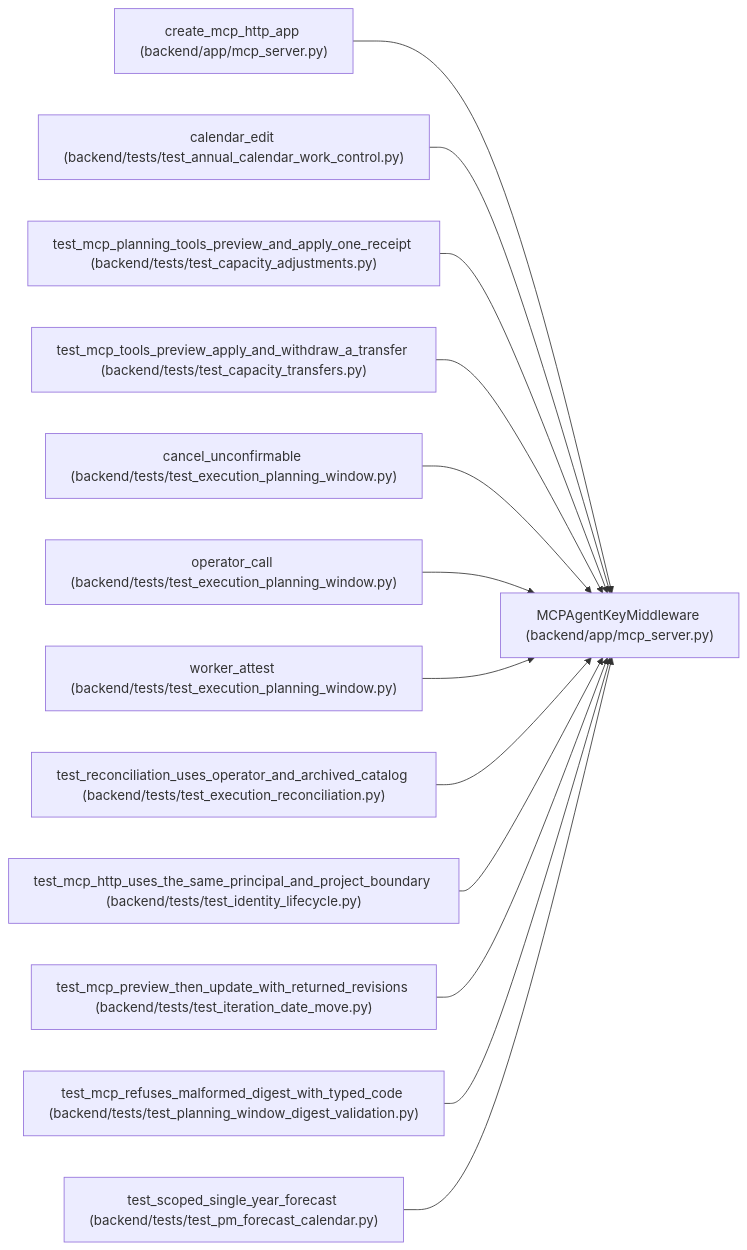
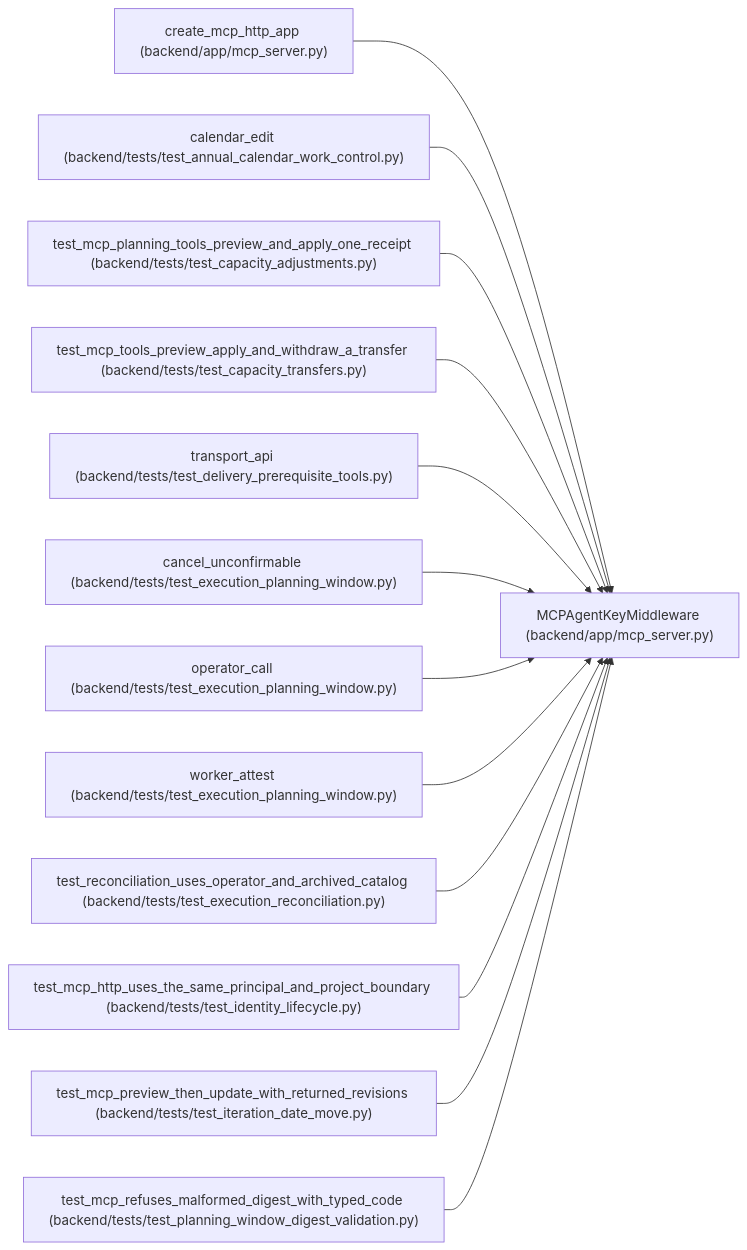
One commit to Denissvgn/WorkChord changed the diagram in docs/llm_wiki/entities/MCPAgentKeyMiddleware.md. Above: the diagram before and after it, drawn with Mermaid. The commit also changed other lines of this file and 1420 other files, not shown here.

First line of the commit message:
Refresh the architectural wiki for the 1.10.0 changes

````diff
--- a/docs/llm_wiki/entities/MCPAgentKeyMiddleware.md
+++ b/docs/llm_wiki/entities/MCPAgentKeyMiddleware.md
@@ -26,41 +26,41 @@
 ```mermaid
 flowchart LR
     n0["MCPAgentKeyMiddleware (backend/app/mcp_server.py)"]
     n1["create_mcp_http_app (backend/app/mcp_server.py)"]
     n2["calendar_edit (backend/tests/test_annual_calendar_work_control.py)"]
     n3["test_mcp_planning_tools_preview_and_apply_one_receipt (backend/tests/test_capacity_adjustments.py)"]
     n4["test_mcp_tools_preview_apply_and_withdraw_a_transfer (backend/tests/test_capacity_transfers.py)"]
-    n5["cancel_unconfirmable (backend/tests/test_execution_planning_window.py)"]
-    n6["operator_call (backend/tests/test_execution_planning_window.py)"]
-    n7["worker_attest (backend/tests/test_execution_planning_window.py)"]
-    n8["test_reconciliation_uses_operator_and_archived_catalog (backend/tests/test_execution_reconciliation.py)"]
-    n9["test_mcp_http_uses_the_same_principal_and_project_boundary (backend/tests/test_identity_lifecycle.py)"]
-    n10["test_mcp_preview_then_update_with_returned_revisions (backend/tests/test_iteration_date_move.py)"]
-    n11["test_mcp_refuses_malformed_digest_with_typed_code (backend/tests/test_planning_window_digest_validation.py)"]
-    n12["test_scoped_single_year_forecast (backend/tests/test_pm_forecast_calendar.py)"]
+    n5["transport_api (backend/tests/test_delivery_prerequisite_tools.py)"]
+    n6["cancel_unconfirmable (backend/tests/test_execution_planning_window.py)"]
+    n7["operator_call (backend/tests/test_execution_planning_window.py)"]
+    n8["worker_attest (backend/tests/test_execution_planning_window.py)"]
+    n9["test_reconciliation_uses_operator_and_archived_catalog (backend/tests/test_execution_reconciliation.py)"]
+    n10["test_mcp_http_uses_the_same_principal_and_project_boundary (backend/tests/test_identity_lifecycle.py)"]
+    n11["test_mcp_preview_then_update_with_returned_revisions (backend/tests/test_iteration_date_move.py)"]
+    n12["test_mcp_refuses_malformed_digest_with_typed_code (backend/tests/test_planning_window_digest_validation.py)"]
     n1 --> n0
     n2 --> n0
     n3 --> n0
     n4 --> n0
     n5 --> n0
     n6 --> n0
     n7 --> n0
     n8 --> n0
     n9 --> n0
     n10 --> n0
     n11 --> n0
     n12 --> n0
     click n0 "../modules/mcp_server.md"
     click n1 "../modules/mcp_server.md"
     click n2 "../modules/test_annual_calendar_work_control.md"
     click n3 "../modules/test_capacity_adjustments.md"
     click n4 "../modules/test_capacity_transfers.md"
-    click n5 "../modules/test_execution_planning_window.md"
+    click n5 "../modules/test_delivery_prerequisite_tools.md"
     click n6 "../modules/test_execution_planning_window.md"
     click n7 "../modules/test_execution_planning_window.md"
-    click n8 "../modules/test_execution_reconciliation.md"
-    click n9 "../modules/test_identity_lifecycle.md"
-    click n10 "../modules/test_iteration_date_move.md"
-    click n11 "../modules/test_planning_window_digest_validation.md"
-    click n12 "../modules/test_pm_forecast_calendar.md"
+    click n8 "../modules/test_execution_planning_window.md"
+    click n9 "../modules/test_execution_reconciliation.md"
+    click n10 "../modules/test_identity_lifecycle.md"
+    click n11 "../modules/test_iteration_date_move.md"
+    click n12 "../modules/test_planning_window_digest_validation.md"
 ```
````
